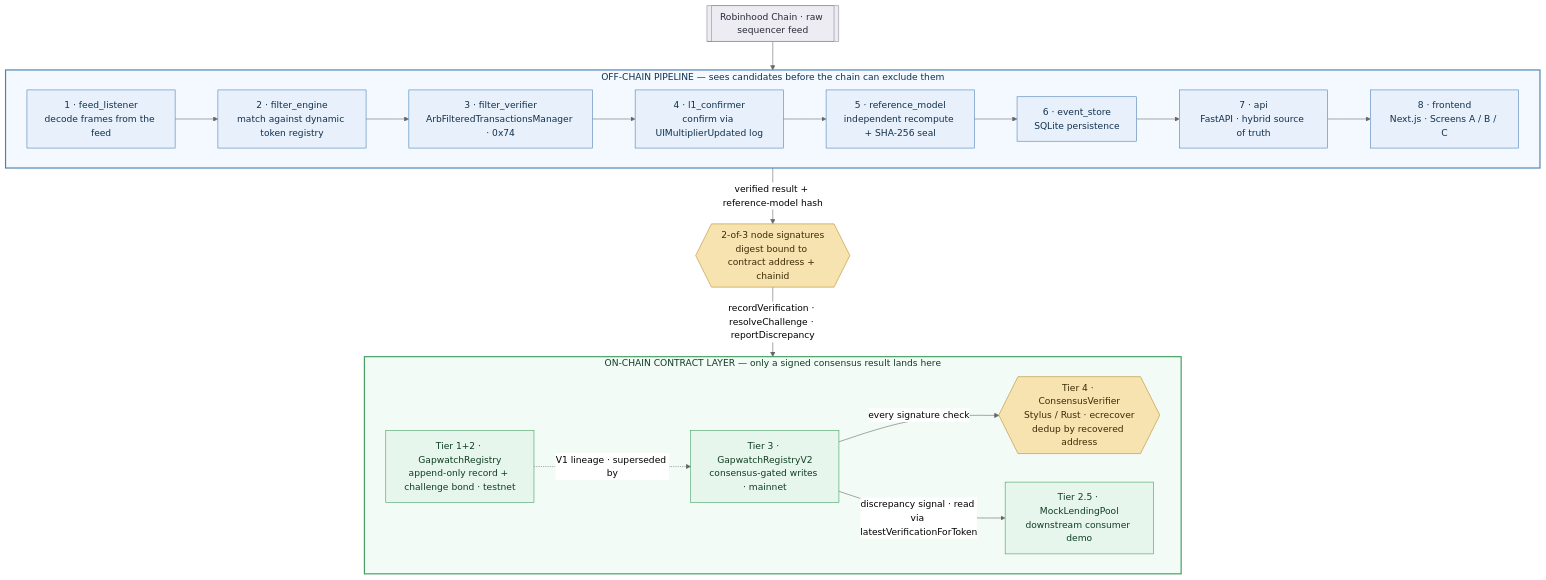
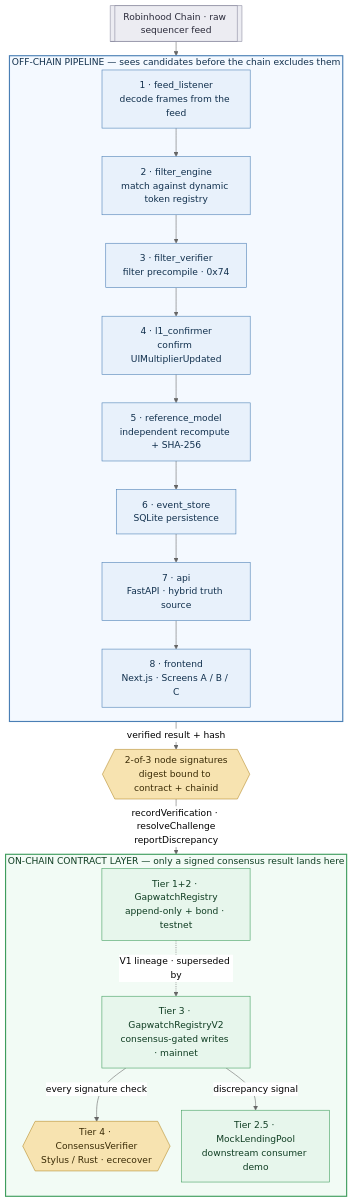
One commit to pplmaverick/gapwatch changed the diagram in README.md. Above: the diagram before and after it, drawn with Mermaid (neutral theme).

Commit message:
Fix Mermaid diagram scaling on GitHub: switch to vertical layout

````diff
--- a/README.md
+++ b/README.md
@@ -67,48 +67,49 @@
 ```mermaid
+%%{init: {'flowchart': {'nodeSpacing': 20, 'rankSpacing': 25}}}%%
 flowchart TD
     FEED[["Robinhood Chain · raw sequencer feed"]]
 
-    subgraph OFF["OFF-CHAIN PIPELINE — sees candidates before the chain can exclude them"]
-        direction LR
+    subgraph OFF["OFF-CHAIN PIPELINE — sees candidates before the chain excludes them"]
+        direction TB
         M1["1 · feed_listener<br/>decode frames from the feed"]
         M2["2 · filter_engine<br/>match against dynamic token registry"]
-        M3["3 · filter_verifier<br/>ArbFilteredTransactionsManager · 0x74"]
-        M4["4 · l1_confirmer<br/>confirm via UIMultiplierUpdated log"]
-        M5["5 · reference_model<br/>independent recompute + SHA-256 seal"]
+        M3["3 · filter_verifier<br/>filter precompile · 0x74"]
+        M4["4 · l1_confirmer<br/>confirm UIMultiplierUpdated"]
+        M5["5 · reference_model<br/>independent recompute + SHA-256"]
         M6["6 · event_store<br/>SQLite persistence"]
-        M7["7 · api<br/>FastAPI · hybrid source of truth"]
+        M7["7 · api<br/>FastAPI · hybrid truth source"]
         M8["8 · frontend<br/>Next.js · Screens A / B / C"]
         M1 --> M2 --> M3 --> M4 --> M5 --> M6 --> M7 --> M8
     end
 
-    GATE{{"2-of-3 node signatures<br/>digest bound to contract address + chainid"}}
+    GATE{{"2-of-3 node signatures<br/>digest bound to contract + chainid"}}
 
     subgraph ON["ON-CHAIN CONTRACT LAYER — only a signed consensus result lands here"]
-        direction LR
+        direction TB
         T3["Tier 3 · GapwatchRegistryV2<br/>consensus-gated writes · mainnet"]
-        T4{{"Tier 4 · ConsensusVerifier<br/>Stylus / Rust · ecrecover<br/>dedup by recovered address"}}
+        T4{{"Tier 4 · ConsensusVerifier<br/>Stylus / Rust · ecrecover"}}
         T25["Tier 2.5 · MockLendingPool<br/>downstream consumer demo"]
-        T12["Tier 1+2 · GapwatchRegistry<br/>append-only record + challenge bond · testnet"]
+        T12["Tier 1+2 · GapwatchRegistry<br/>append-only + bond · testnet"]
 
         T3 -- "every signature check" --> T4
-        T3 -- "discrepancy signal · read via latestVerificationForToken" --> T25
+        T3 -- "discrepancy signal" --> T25
         T12 -. "V1 lineage · superseded by" .-> T3
     end
 
     FEED --> OFF
-    OFF -- "verified result + reference-model hash" --> GATE
-    GATE -- "recordVerification · resolveChallenge · reportDiscrepancy" --> ON
+    OFF -- "verified result + hash" --> GATE
+    GATE -- "recordVerification · resolveChallenge<br/>reportDiscrepancy" --> ON
 
     classDef offchain fill:#e8f1fb,stroke:#4a7fb5,color:#11304d
     classDef onchain fill:#e7f6ec,stroke:#3f9d5d,color:#0f3d22
     classDef gate fill:#f7e3b0,stroke:#b58a2a,color:#3a2b06
     classDef source fill:#ececf2,stroke:#8b8ba0,color:#2a2a3a
 
     class M1,M2,M3,M4,M5,M6,M7,M8 offchain
     class T3,T25,T12 onchain
     class T4,GATE gate
     class FEED source
 
     style OFF fill:#f4f9ff,stroke:#4a7fb5,stroke-width:2px,color:#11304d
     style ON fill:#f2fbf5,stroke:#3f9d5d,stroke-width:2px,color:#0f3d22
 ```
````
